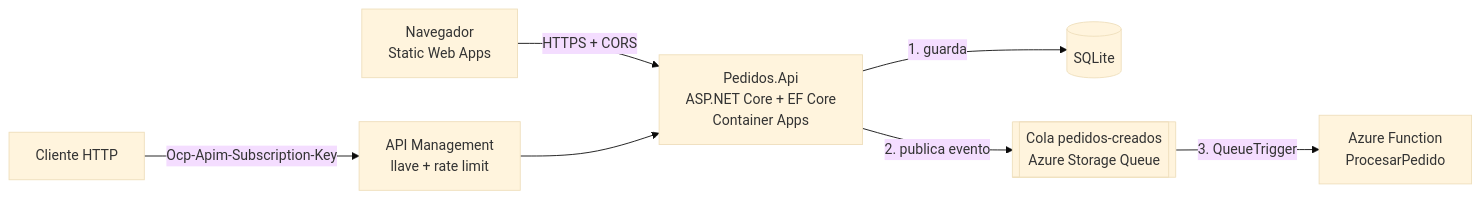
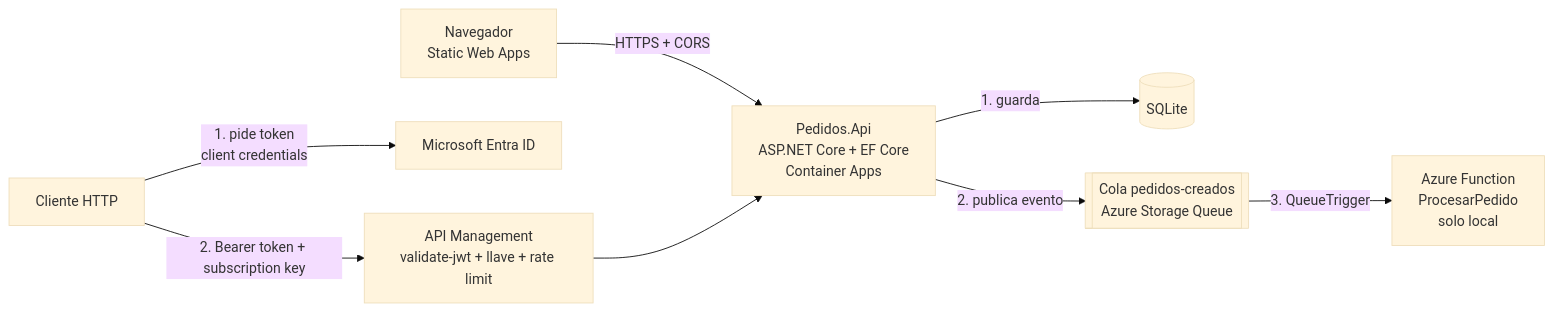
One commit to marlon-g-m/PedidosApp changed the diagram in README.md. Above: the diagram before and after it, drawn with Mermaid (base theme). The commit also changed other lines of this file, not shown here.

````diff
--- a/README.md
+++ b/README.md
@@ -12,9 +12,10 @@
 ```mermaid
 flowchart LR
     U[Navegador<br/>Static Web Apps] -->|HTTPS + CORS| A
-    C[Cliente HTTP] -->|Ocp-Apim-Subscription-Key| M[API Management<br/>llave + rate limit]
+    C[Cliente HTTP] -->|1. pide token<br/>client credentials| E[Microsoft Entra ID]
+    C -->|2. Bearer token + subscription key| M[API Management<br/>validate-jwt + llave + rate limit]
     M --> A[Pedidos.Api<br/>ASP.NET Core + EF Core<br/>Container Apps]
     A -->|1. guarda| D[(SQLite)]
     A -->|2. publica evento| Q[[Cola pedidos-creados<br/>Azure Storage Queue]]
-    Q -->|3. QueueTrigger| F[Azure Function<br/>ProcesarPedido]
+    Q -->|3. QueueTrigger| F[Azure Function<br/>ProcesarPedido<br/>solo local]
 ```
````
